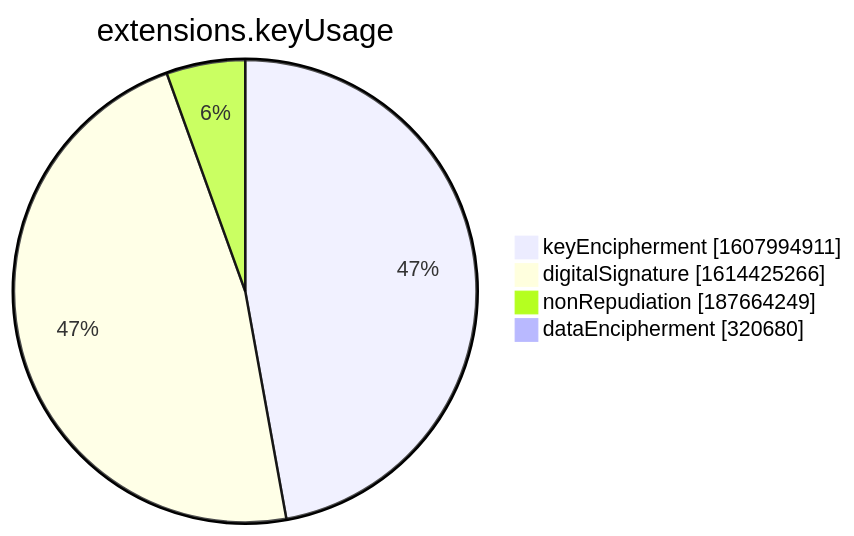
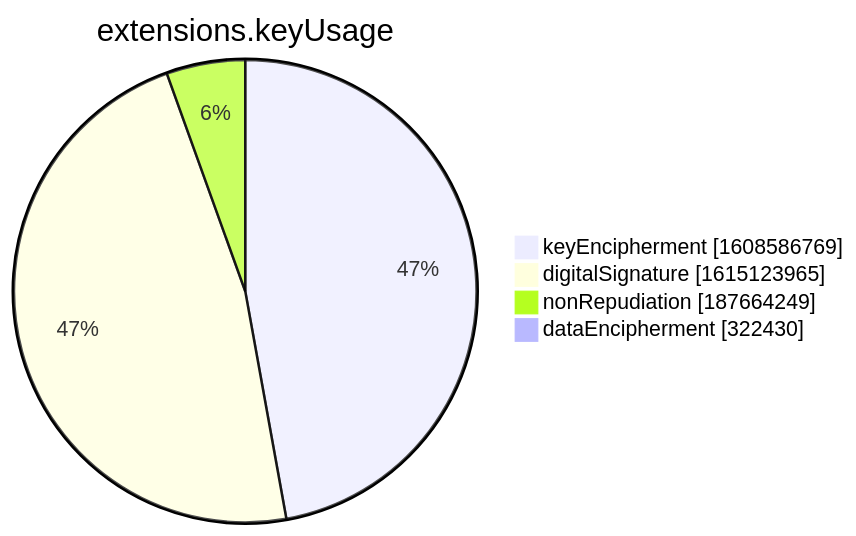
The seventh of 15 diagrams in xenon2022/README.md (christiankrug/ctmonitor_visualization), drawn with Mermaid before and after one commit. The commit also changed other lines of this file, not shown here.

````diff
--- a/xenon2022/README.md
+++ b/xenon2022/README.md
@@ -2855,8 +2855,8 @@
 ```mermaid
 pie showData
 title extensions.keyUsage
-"keyEncipherment" :1607994911
-"digitalSignature" :1614425266
+"keyEncipherment" :1608586769
+"digitalSignature" :1615123965
 "nonRepudiation" :187664249
-"dataEncipherment" :320680
+"dataEncipherment" :322430
 ```
````
